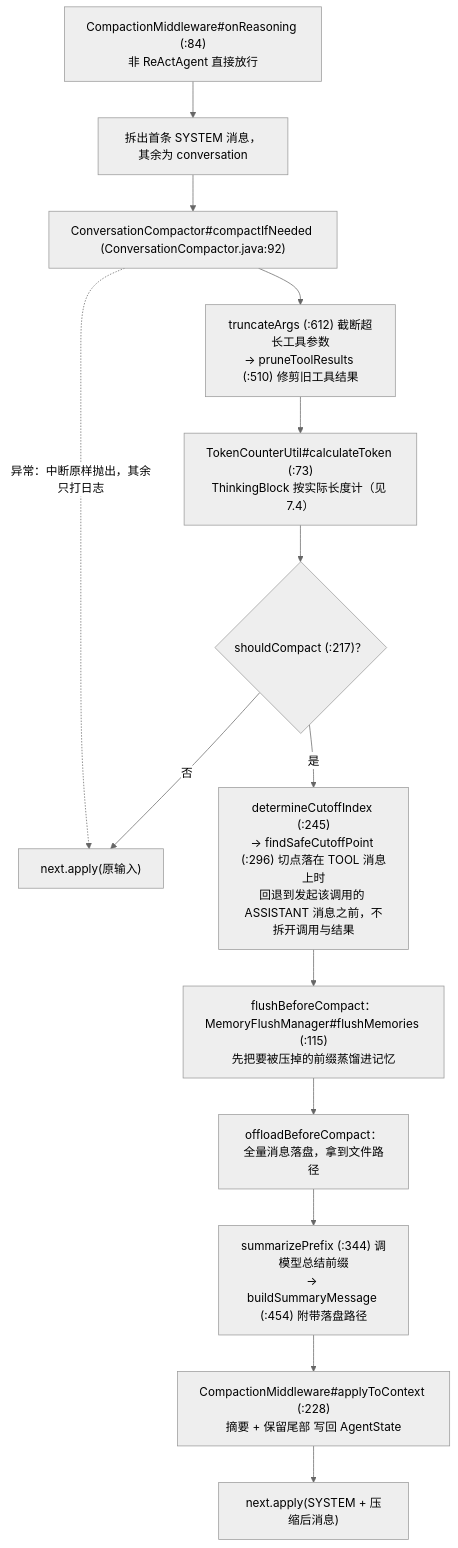
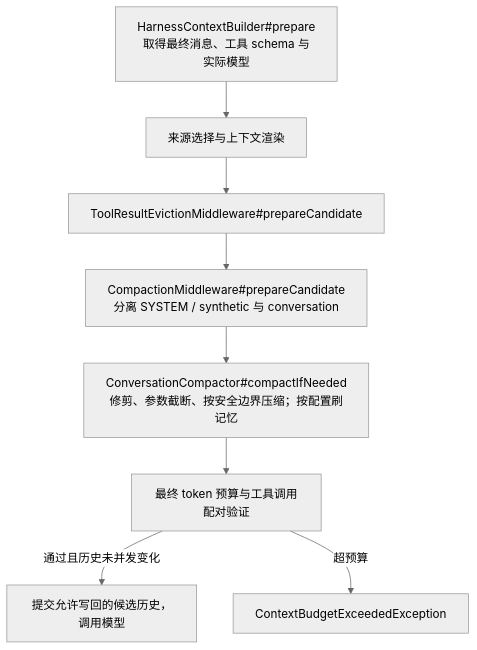
Before and after one commit to liulangjietou/AgentScope-source-analysis: the fourth of 4 diagrams in 07-Harness工程化外壳.md, drawn with Mermaid (neutral theme). The commit also changed other lines of this file and 13 other files, not shown here.

Commit message:
docs: align source guide and diagrams with main dcb131a3

````diff
--- a/07-Harness工程化外壳.md
+++ b/07-Harness工程化外壳.md
@@ -124,16 +98,10 @@
 ```mermaid
 flowchart TB
-    CM["CompactionMiddleware#onReasoning (:84)<br/>非 ReActAgent 直接放行"] --> SPLIT["拆出首条 SYSTEM 消息，其余为 conversation"]
-    SPLIT --> CI["ConversationCompactor#compactIfNeeded (ConversationCompactor.java:92)"]
-    CI --> PRE["truncateArgs (:612) 截断超长工具参数<br/>→ pruneToolResults (:510) 修剪旧工具结果"]
-    PRE --> TOK["TokenCounterUtil#calculateToken (:73)<br/>ThinkingBlock 按实际长度计（见 7.4）"]
-    TOK --> SC{"shouldCompact (:217)？"}
-    SC -->|"否"| PASS["next.apply(原输入)"]
-    SC -->|"是"| CUT["determineCutoffIndex (:245)<br/>→ findSafeCutoffPoint (:296) 切点落在 TOOL 消息上时<br/>回退到发起该调用的 ASSISTANT 消息之前，不拆开调用与结果"]
-    CUT --> FL["flushBeforeCompact：MemoryFlushManager#flushMemories (:115)<br/>先把要被压掉的前缀蒸馏进记忆"]
-    FL --> OFF["offloadBeforeCompact：全量消息落盘，拿到文件路径"]
-    OFF --> SUMM["summarizePrefix (:344) 调模型总结前缀<br/>→ buildSummaryMessage (:454) 附带落盘路径"]
-    SUMM --> APPLY["CompactionMiddleware#applyToContext (:228)<br/>摘要 + 保留尾部 写回 AgentState"]
-    APPLY --> NEXT["next.apply(SYSTEM + 压缩后消息)"]
-    CI -.->|"异常：中断原样抛出，其余只打日志"| PASS
+    FINAL["HarnessContextBuilder#prepare<br/>取得最终消息、工具 schema 与实际模型"] --> SEL["来源选择与上下文渲染"]
+    SEL --> EVICT["ToolResultEvictionMiddleware#prepareCandidate"]
+    EVICT --> COMPACT["CompactionMiddleware#prepareCandidate<br/>分离 SYSTEM / synthetic 与 conversation"]
+    COMPACT --> SUM["ConversationCompactor#compactIfNeeded<br/>修剪、参数截断、按安全边界压缩；按配置刷记忆"]
+    SUM --> CHECK["最终 token 预算与工具调用配对验证"]
+    CHECK -->|"通过且历史未并发变化"| APPLY["提交允许写回的候选历史，调用模型"]
+    CHECK -->|"超预算"| FAIL["ContextBudgetExceededException"]
 ```
````
